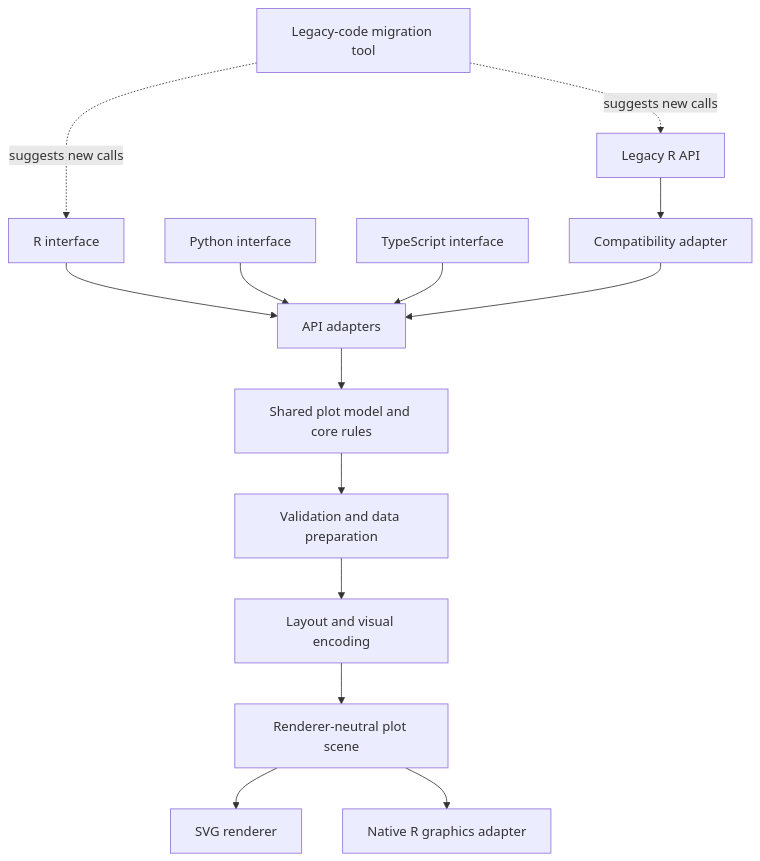
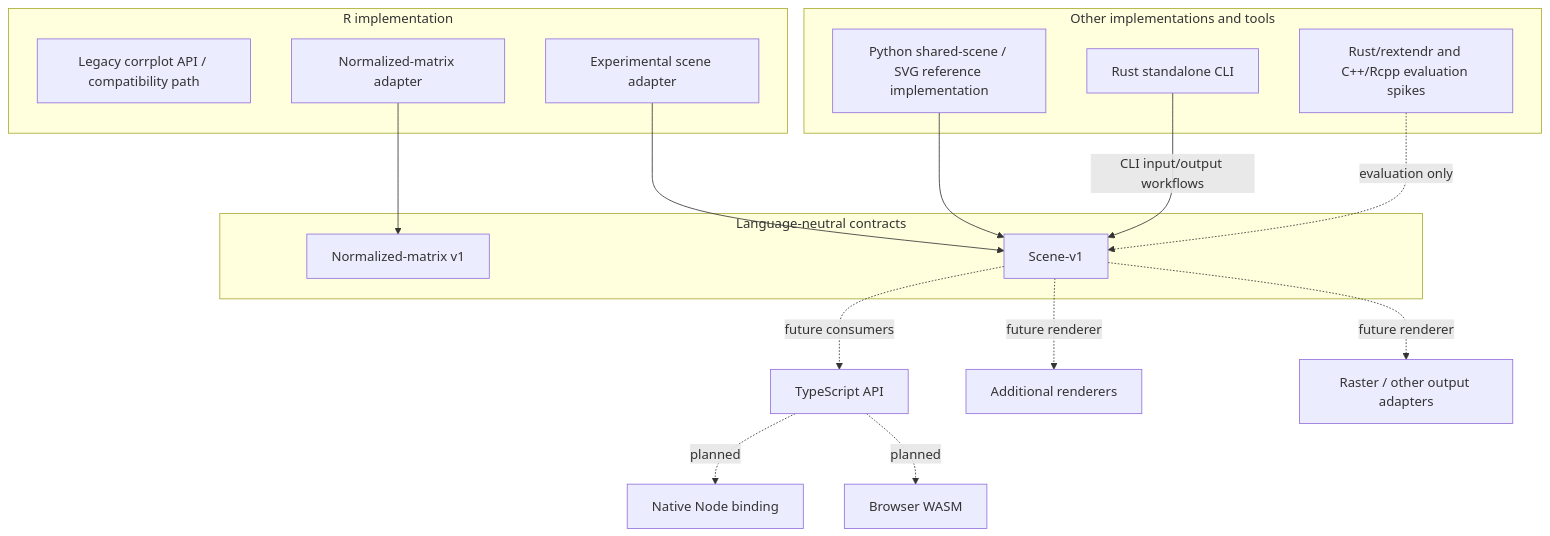
One commit to vsimko/corrplot-ng changed the diagram in docs/architecture.md. Above: the diagram before and after it, drawn with Mermaid. The commit also changed other lines of this file, not shown here.

First line of the commit message:
docs: reconcile architecture with current implementation (#160)

````diff
--- a/docs/architecture.md
+++ b/docs/architecture.md
@@ -22,16 +24,31 @@
 ```mermaid
 flowchart TB
-    R[R interface] --> AD[API adapters]
-    PY[Python interface] --> AD
-    TS[TypeScript interface] --> AD
-    LEG[Legacy R API] --> COMP[Compatibility adapter]
-    COMP --> AD
-    AD --> CORE[Shared plot model and core rules]
-    CORE --> VALID[Validation and data preparation]
-    VALID --> LAYOUT[Layout and visual encoding]
-    LAYOUT --> SCENE[Renderer-neutral plot scene]
-    SCENE --> SVG[SVG renderer]
-    SCENE --> GR[Native R graphics adapter]
-    MIG[Legacy-code migration tool] -. suggests new calls .-> LEG
-    MIG -. suggests new calls .-> R
+    subgraph Contracts[Language-neutral contracts]
+      NM[Normalized-matrix v1]
+      SC[Scene-v1]
+    end
+
+    subgraph R[R implementation]
+      RLEG[Legacy corrplot API / compatibility path]
+      RNORM[Normalized-matrix adapter]
+      RSCENE[Experimental scene adapter]
+    end
+
+    subgraph Other[Other implementations and tools]
+      PY[Python shared-scene / SVG reference implementation]
+      CLI[Rust standalone CLI]
+      SPIKES[Rust/rextendr and C++/Rcpp evaluation spikes]
+    end
+
+    RNORM --> NM
+    RSCENE --> SC
+    PY --> SC
+    CLI -->|CLI input/output workflows| SC
+    SPIKES -. evaluation only .-> SC
+
+    SC -. future consumers .-> TS[TypeScript API]
+    TS -. planned .-> NODE[Native Node binding]
+    TS -. planned .-> WASM[Browser WASM]
+    SC -. future renderer .-> SVG[Additional renderers]
+    SC -. future renderer .-> RENDER[Raster / other output adapters]
 ```
````
